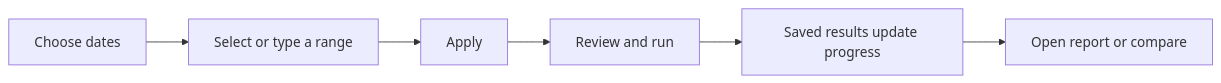
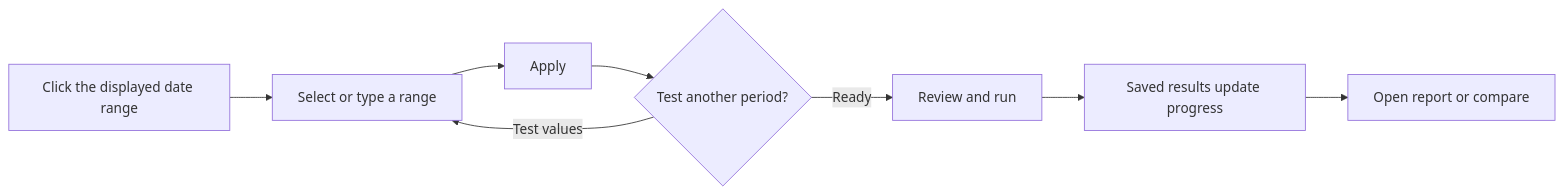
The fourth of 17 diagrams in README.md (mamamiya7/backtest-vault), drawn with Mermaid before and after one commit. The commit also changed other lines of this file and 17 other files, not shown here.

Commit message:
Simplify date selection into paired test ranges

````diff
--- a/README.md
+++ b/README.md
@@ -79,8 +86,10 @@
 ```mermaid
 flowchart LR
-    A[Choose dates] --> B[Select or type a range]
+    A[Click the displayed date range] --> B[Select or type a range]
     B --> C[Apply]
-    C --> D[Review and run]
+    C --> V{Test another period?}
+    V -->|Test values| B
+    V -->|Ready| D[Review and run]
     D --> E[Saved results update progress]
     E --> F[Open report or compare]
 ```
````
